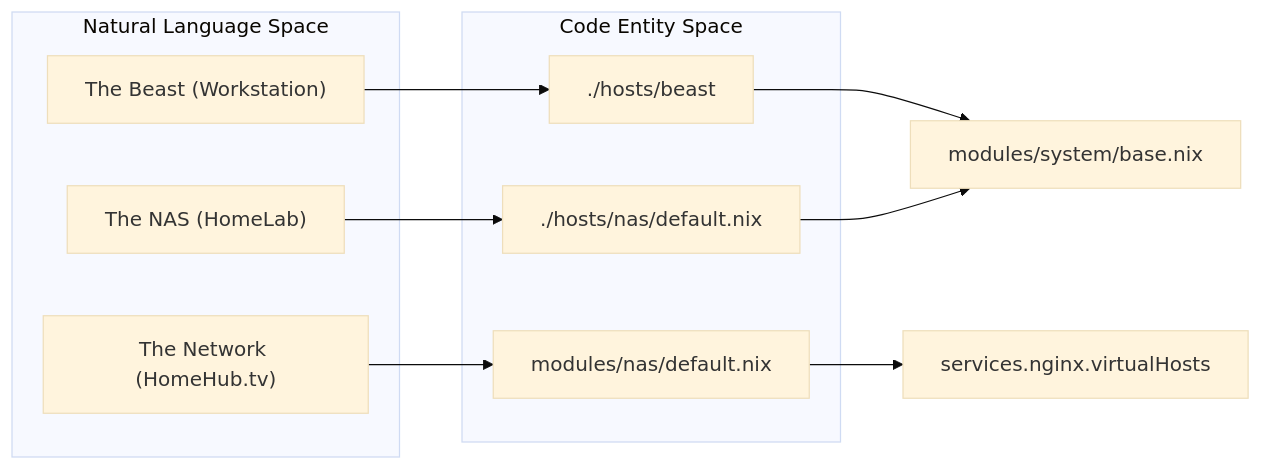
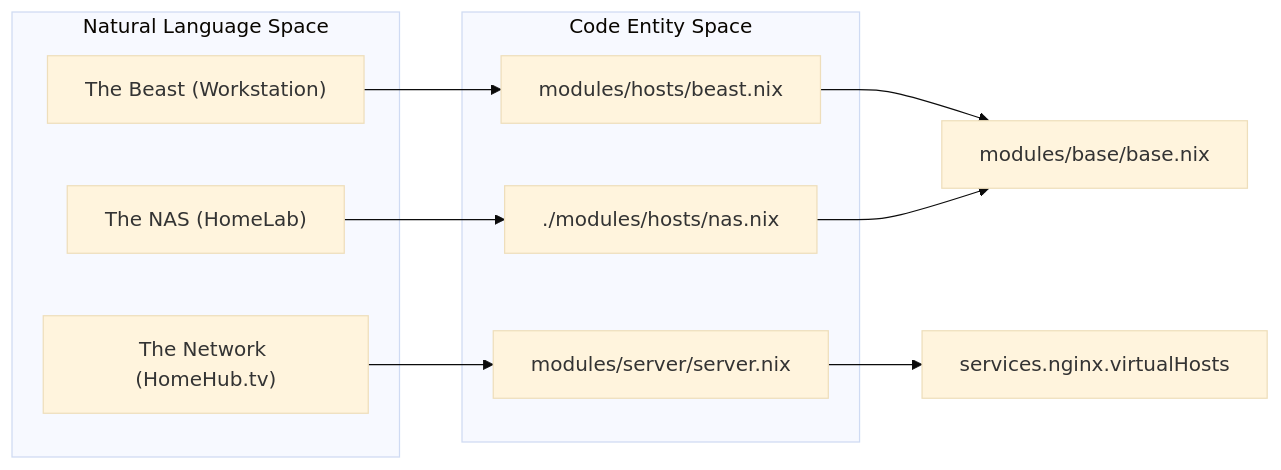
The first of 2 diagrams in docs/Glossary.md (Cody-W-Tucker/nix-config), drawn with Mermaid (base theme) before and after one commit. The commit also changed other lines of this file and 35 other files, not shown here.

````diff
--- a/docs/Glossary.md
+++ b/docs/Glossary.md
@@ -17,21 +17,21 @@
 ```mermaid
 flowchart LR
-    B_Base["modules/system/base.nix"]
+    B_Base["modules/base/base.nix"]
     Nginx["services.nginx.virtualHosts"]
     subgraph subGraph1 ["Code Entity Space"]
-        A_Code["./hosts/beast"]
-        B_Code["./hosts/nas/default.nix"]
-        C_Code["modules/nas/default.nix"]
+        A_Code["modules/hosts/beast.nix"]
+        B_Code["./modules/hosts/nas.nix"]
+        C_Code["modules/server/server.nix"]
     end
     subgraph subGraph0 ["Natural Language Space"]
         A["The Beast (Workstation)"]
         B["The NAS (HomeLab)"]
         C["The Network (HomeHub.tv)"]
     end
     A --> A_Code
     B --> B_Code
     C --> C_Code
     A_Code --> B_Base
     B_Code --> B_Base
     C_Code --> Nginx
 ```
````
